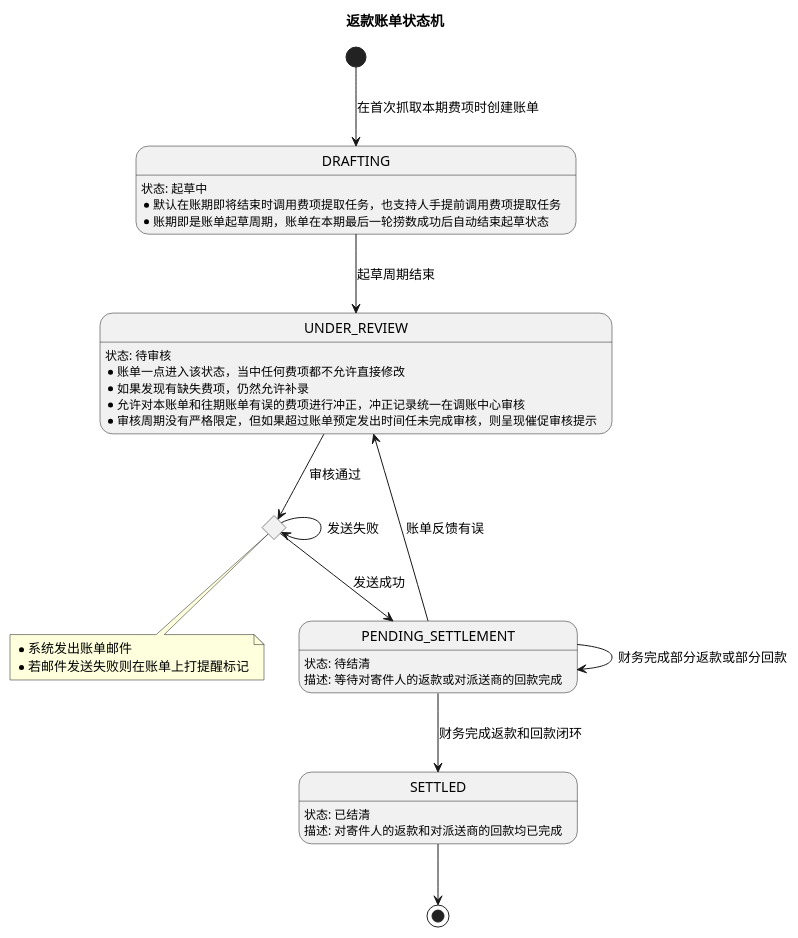
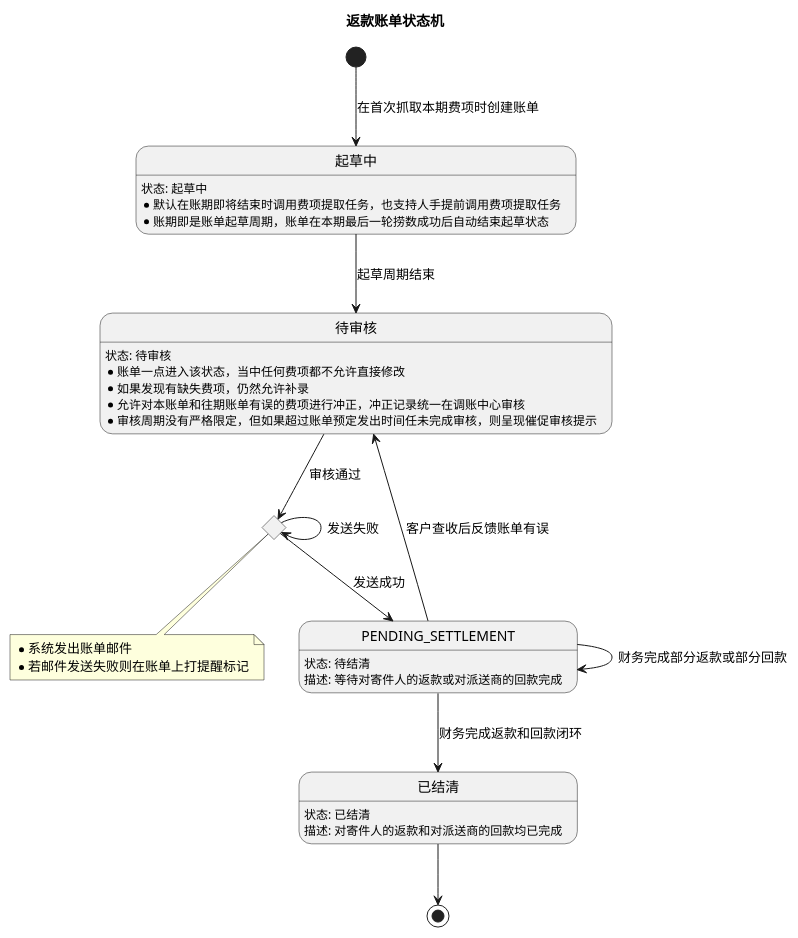
Before and after one commit to jack888332/projects-doc: the eighth of 11 diagrams in product-caliber/bms/prd/财务系统.PRD.md, drawn with PlantUML. The commit also changed other lines of this file, not shown here.

````diff
--- a/product-caliber/bms/prd/财务系统.PRD.md
+++ b/product-caliber/bms/prd/财务系统.PRD.md
@@ -982,25 +976,25 @@
 ```plantuml
 @startuml
 title 返款账单状态机
 top to bottom direction
-state DRAFTING : 状态: 起草中\n* 默认在账期即将结束时调用费项提取任务，也支持人手提前调用费项提取任务\n* 账期即是账单起草周期，账单在本期最后一轮捞数成功后自动结束起草状态
-state UNDER_REVIEW : 状态: 待审核\n* 账单一点进入该状态，当中任何费项都不允许直接修改\n* 如果发现有缺失费项，仍然允许补录\n* 允许对本账单和往期账单有误的费项进行冲正，冲正记录统一在调账中心审核\n* 审核周期没有严格限定，但如果超过账单预定发出时间任未完成审核，则呈现催促审核提示
-state TO_BE_SENT <<choice>>
-note bottom of TO_BE_SENT
+state 起草中 : 状态: 起草中\n* 默认在账期即将结束时调用费项提取任务，也支持人手提前调用费项提取任务\n* 账期即是账单起草周期，账单在本期最后一轮捞数成功后自动结束起草状态
+state 待审核 : 状态: 待审核\n* 账单一点进入该状态，当中任何费项都不允许直接修改\n* 如果发现有缺失费项，仍然允许补录\n* 允许对本账单和往期账单有误的费项进行冲正，冲正记录统一在调账中心审核\n* 审核周期没有严格限定，但如果超过账单预定发出时间任未完成审核，则呈现催促审核提示
+state 待发送 <<choice>>
+note bottom of 待发送
   * 系统发出账单邮件
   * 若邮件发送失败则在账单上打提醒标记
 end note
 state PENDING_SETTLEMENT : 状态: 待结清\n描述: 等待对寄件人的返款或对派送商的回款完成
-state SETTLED : 状态: 已结清\n描述: 对寄件人的返款和对派送商的回款均已完成
+state 已结清 : 状态: 已结清\n描述: 对寄件人的返款和对派送商的回款均已完成
 '------------------------------------------'
-[*] --> DRAFTING : 在首次抓取本期费项时创建账单
-DRAFTING --> UNDER_REVIEW : 起草周期结束
-UNDER_REVIEW --> TO_BE_SENT : 审核通过
-TO_BE_SENT --> PENDING_SETTLEMENT : 发送成功
-TO_BE_SENT --> TO_BE_SENT : 发送失败
-PENDING_SETTLEMENT --> UNDER_REVIEW : 账单反馈有误
+[*] --> 起草中 : 在首次抓取本期费项时创建账单
+起草中 --> 待审核 : 起草周期结束
+待审核 --> 待发送 : 审核通过
+待发送 --> PENDING_SETTLEMENT : 发送成功
+待发送 --> 待发送 : 发送失败
+PENDING_SETTLEMENT --> 待审核 : 客户查收后反馈账单有误
 PENDING_SETTLEMENT --> PENDING_SETTLEMENT : 财务完成部分返款或部分回款
-PENDING_SETTLEMENT --> SETTLED : 财务完成返款和回款闭环
-SETTLED --> [*]
+PENDING_SETTLEMENT --> 已结清 : 财务完成返款和回款闭环
+已结清 --> [*]
 @enduml
 ```
````
